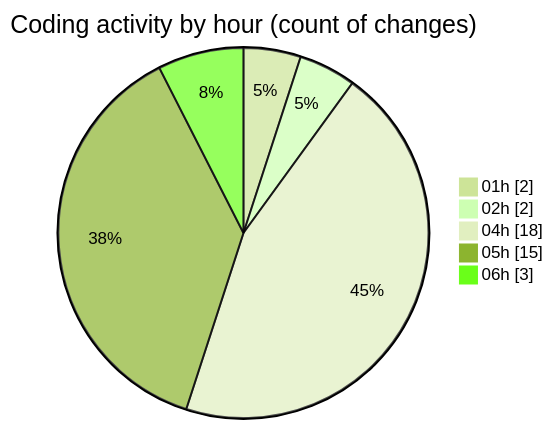
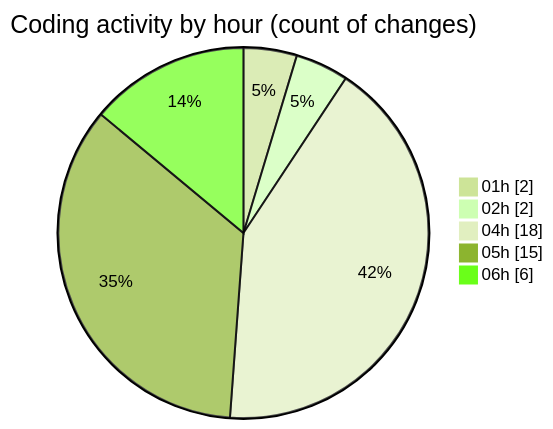
The second of 2 diagrams in 2026-02-05/singularitybrainai/README.md (tmsrecording-cyber/code-tracking), drawn with Mermaid (forest theme) before and after one commit. The commit also changed other lines of this file and 1 other file, not shown here.

````diff
--- a/2026-02-05/singularitybrainai/README.md
+++ b/2026-02-05/singularitybrainai/README.md
@@ -33,9 +33,9 @@
 ```mermaid
 pie showData
 title Coding activity by hour (count of changes)
 "01h" : 2
 "02h" : 2
 "04h" : 18
 "05h" : 15
-"06h" : 3
+"06h" : 6
 ```
````
